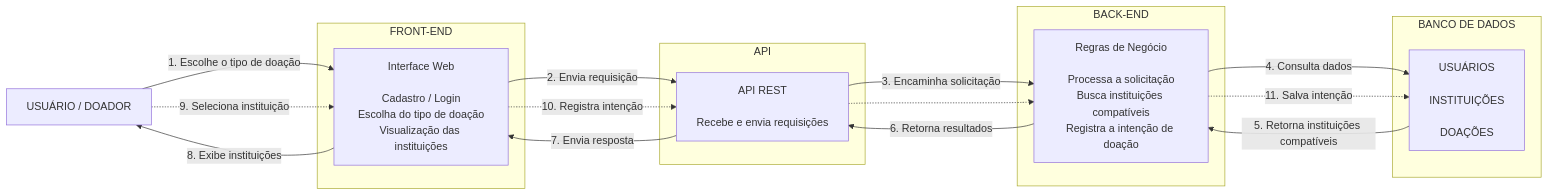
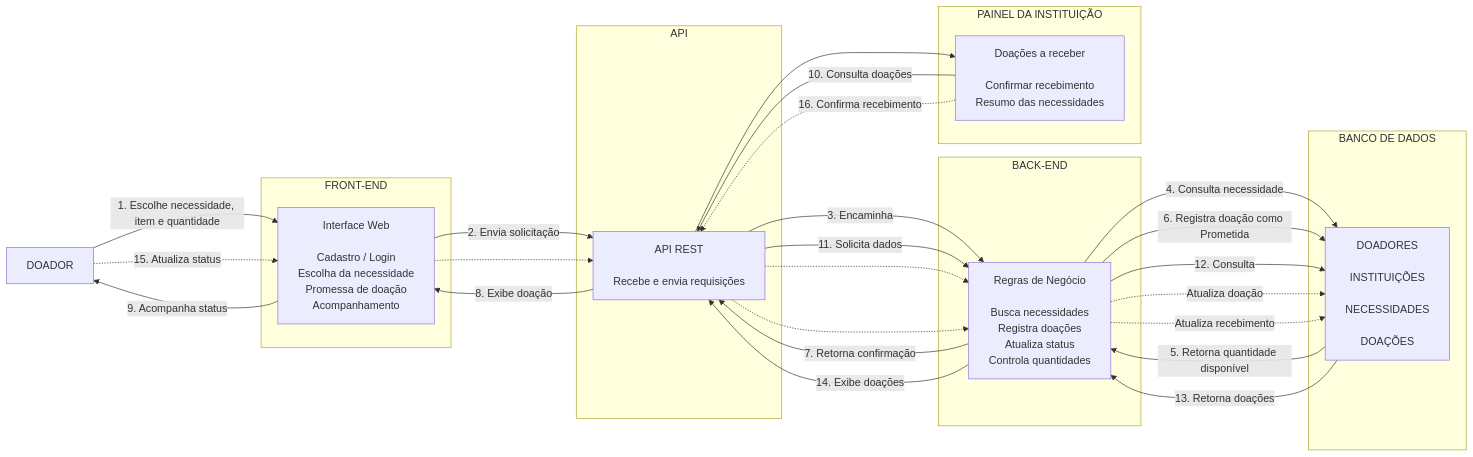
Before and after one commit to gigi-zacaroni/tp-eng-software: the first of 2 diagrams in docs/modelagem/modelagemConecta.md, drawn with Mermaid. The commit also changed other lines of this file, not shown here.

Commit message:
atualização do modelo comportamental

````diff
--- a/docs/modelagem/modelagemConecta.md
+++ b/docs/modelagem/modelagemConecta.md
@@ -15,40 +15,57 @@
 ```mermaid
 ---
 config:
   theme: default
 ---
 flowchart LR
 
-    U["USUÁRIO / DOADOR"]
+    %% s12
+    D["DOADOR"]
 
     subgraph FRONT["FRONT-END"]
-        FE["Interface Web<br/><br/>Cadastro / Login<br/>Escolha do tipo de doação<br/>Visualização das instituições"]
+        FE["Interface Web<br/><br/>Cadastro / Login<br/>Escolha da necessidade<br/>Promessa de doação<br/>Acompanhamento"]
     end
 
     subgraph API["API"]
         AP["API REST<br/><br/>Recebe e envia requisições"]
     end
 
     subgraph BACK["BACK-END"]
-        BE["Regras de Negócio<br/><br/>Processa a solicitação<br/>Busca instituições compatíveis<br/>Registra a intenção de doação"]
+        BE["Regras de Negócio<br/><br/>Busca necessidades<br/>Registra doações<br/>Atualiza status<br/>Controla quantidades"]
     end
 
     subgraph BD["BANCO DE DADOS"]
-        B["USUÁRIOS<br/><br/>INSTITUIÇÕES<br/><br/>DOAÇÕES"]
+        B["DOADORES<br/><br/>INSTITUIÇÕES<br/><br/>NECESSIDADES<br/><br/>DOAÇÕES"]
     end
 
-    U -->|"1. Escolhe o tipo de doação"| FE
-    FE -->|"2. Envia requisição"| AP
-    AP -->|"3. Encaminha solicitação"| BE
-    BE -->|"4. Consulta dados"| B
+    subgraph INST["PAINEL DA INSTITUIÇÃO"]
+        I["Doações a receber<br/><br/>Confirmar recebimento<br/>Resumo das necessidades"]
+    end
 
-    B -->|"5. Retorna instituições compatíveis"| BE
-    BE -->|"6. Retorna resultados"| AP
-    AP -->|"7. Envia resposta"| FE
-    FE -->|"8. Exibe instituições"| U
+    D -->|"1. Escolhe necessidade, item e quantidade"| FE
+    FE -->|"2. Envia solicitação"| AP
+    AP -->|"3. Encaminha"| BE
+    BE -->|"4. Consulta necessidade"| B
+    B -->|"5. Retorna quantidade disponível"| BE
 
-    U -.->|"9. Seleciona instituição"| FE
-    FE -.->|"10. Registra intenção"| AP
+    BE -->|"6. Registra doação como Prometida"| B
+    BE -->|"7. Retorna confirmação"| AP
+    AP -->|"8. Exibe doação"| FE
+    FE -->|"9. Acompanha status"| D
+
+    I -->|"10. Consulta doações"| AP
+    AP -->|"11. Solicita dados"| BE
+    BE -->|"12. Consulta"| B
+    B -->|"13. Retorna doações"| BE
+    BE -->|"14. Exibe doações"| AP
+    AP --> I
+
+    D -.->|"15. Atualiza status"| FE
+    FE -.-> AP
     AP -.-> BE
-    BE -.->|"11. Salva intenção"| B
+    BE -.->|"Atualiza doação"| B
+
+    I -.->|"16. Confirma recebimento"| AP
+    AP -.-> BE
+    BE -.->|"Atualiza recebimento"| B
 ```
````
